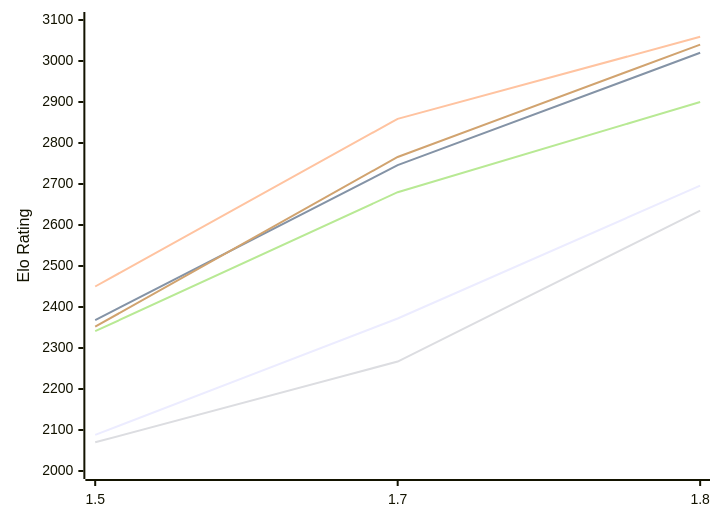
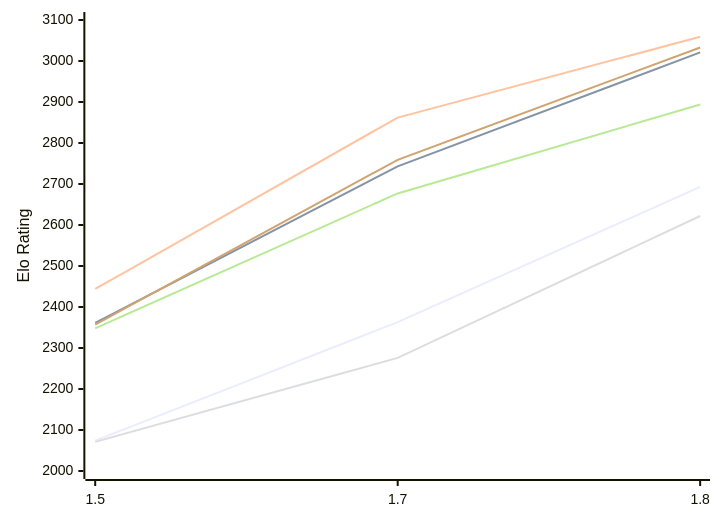
The first of 2 diagrams in engines/Facon.md (computer-chess-index/cci), drawn with Mermaid before and after one commit. The commit also changed other lines of this file, not shown here.

Commit message:
Update CCI Ratings (ELO VLTC) - 2026-11-15

````diff
--- a/engines/Facon.md
+++ b/engines/Facon.md
@@ -54,12 +54,12 @@
 ```mermaid
 %%{init: {"theme":"base","themeVariables":{"seriesColors:['#a3a3a3','#222221','#faa371']}}}%%
 xychart-beta
   x-axis ["1.5", "1.7", "1.8"]
   y-axis "Elo Rating" 2000 --> 3100
-  line "E1: STC (8.0+0.08s)" [2088, 2372, 2696]
-  line "E1: LTC (60.0+0.60s)" [2368, 2746, 3020]
-  line "E1: VLTC (2m24s+1.12s)" [2450, 2859, 3059]
-  line "P1: STC (8.0+0.08s)" [2070, 2267, 2635]
-  line "P1: LTC (60.0+0.60s)" [2341, 2680, 2900]
-  line "P1: VLTC (2m24s+1.12s)" [2352, 2766, 3040]
+  line "E1: STC (8.0+0.08s)" [2074, 2363, 2693]
+  line "E1: LTC (60.0+0.60s)" [2361, 2743, 3021]
+  line "E1: VLTC (2m24s+1.12s)" [2444, 2862, 3059]
+  line "P1: STC (8.0+0.08s)" [2071, 2276, 2622]
+  line "P1: LTC (60.0+0.60s)" [2348, 2677, 2894]
+  line "P1: VLTC (2m24s+1.12s)" [2357, 2759, 3033]
 ```
````
